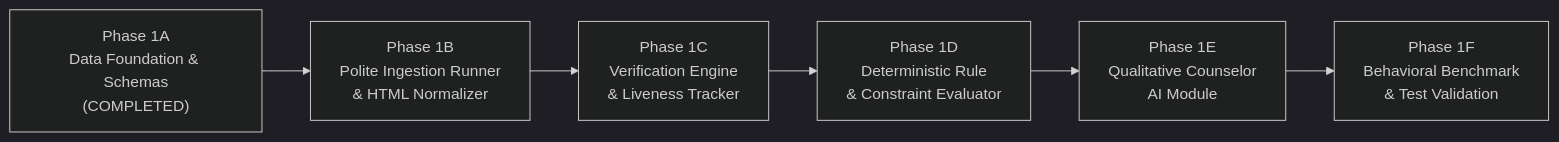
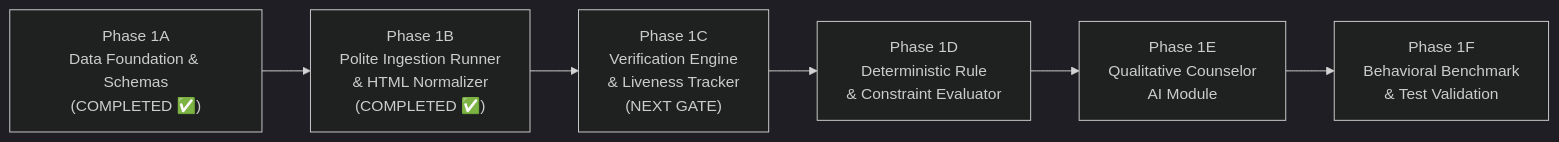
The diagram in docs/phase-1/README.md (ezekiyastsegaye123-cmyk/scholarship_project), drawn with Mermaid (dark theme) before and after one commit. The commit also changed other lines of this file and 27 other files, not shown here.

Commit message:
feat(phase-1b): implement polite ingestion, HTML normalizer, and evidence staging layer

````diff
--- a/docs/phase-1/README.md
+++ b/docs/phase-1/README.md
@@ -16,8 +16,8 @@
 ```mermaid
 flowchart LR
-    P1A["Phase 1A<br/>Data Foundation & Schemas<br/>(COMPLETED)"] --> P1B["Phase 1B<br/>Polite Ingestion Runner<br/>& HTML Normalizer"]
-    P1B --> P1C["Phase 1C<br/>Verification Engine<br/>& Liveness Tracker"]
+    P1A["Phase 1A<br/>Data Foundation & Schemas<br/>(COMPLETED ✅)"] --> P1B["Phase 1B<br/>Polite Ingestion Runner<br/>& HTML Normalizer<br/>(COMPLETED ✅)"]
+    P1B --> P1C["Phase 1C<br/>Verification Engine<br/>& Liveness Tracker<br/>(NEXT GATE)"]
     P1C --> P1D["Phase 1D<br/>Deterministic Rule<br/>& Constraint Evaluator"]
     P1D --> P1E["Phase 1E<br/>Qualitative Counselor<br/>AI Module"]
     P1E --> P1F["Phase 1F<br/>Behavioral Benchmark<br/>& Test Validation"]
 ```
````
